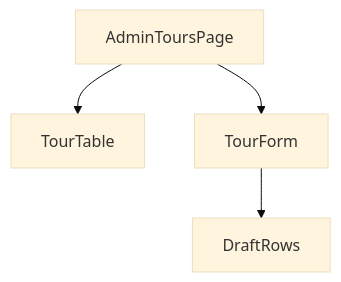
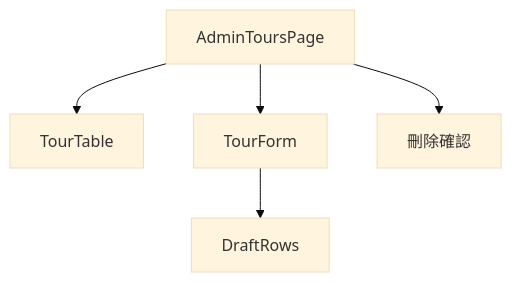
One commit to summer10920/summer10920.github.io changed diagram 11 of 12 in source/_posts/lokiTech-15day-12-project-travel.md. Above: the diagram before and after it, drawn with Mermaid (base theme). The commit also changed other lines of this file and 1 other file, not shown here.

```diff
--- a/source/_posts/lokiTech-15day-12-project-travel.md
+++ b/source/_posts/lokiTech-15day-12-project-travel.md
@@ -5286,5 +5286,6 @@
 {% mermaid graph TD %}
   page["AdminToursPage"] --> table["TourTable"]
   page --> form["TourForm"]
+  page --> confirm["刪除確認"]
   form --> rows["DraftRows"]
 {% endmermaid %}
```
